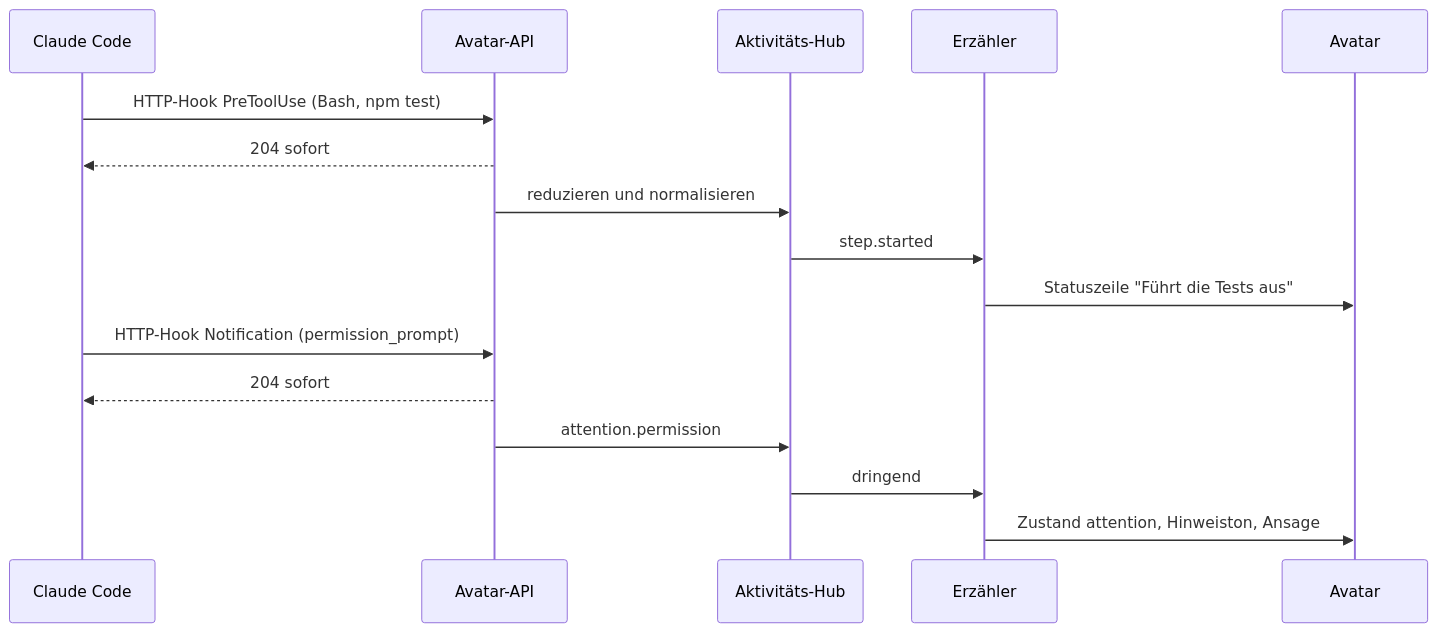
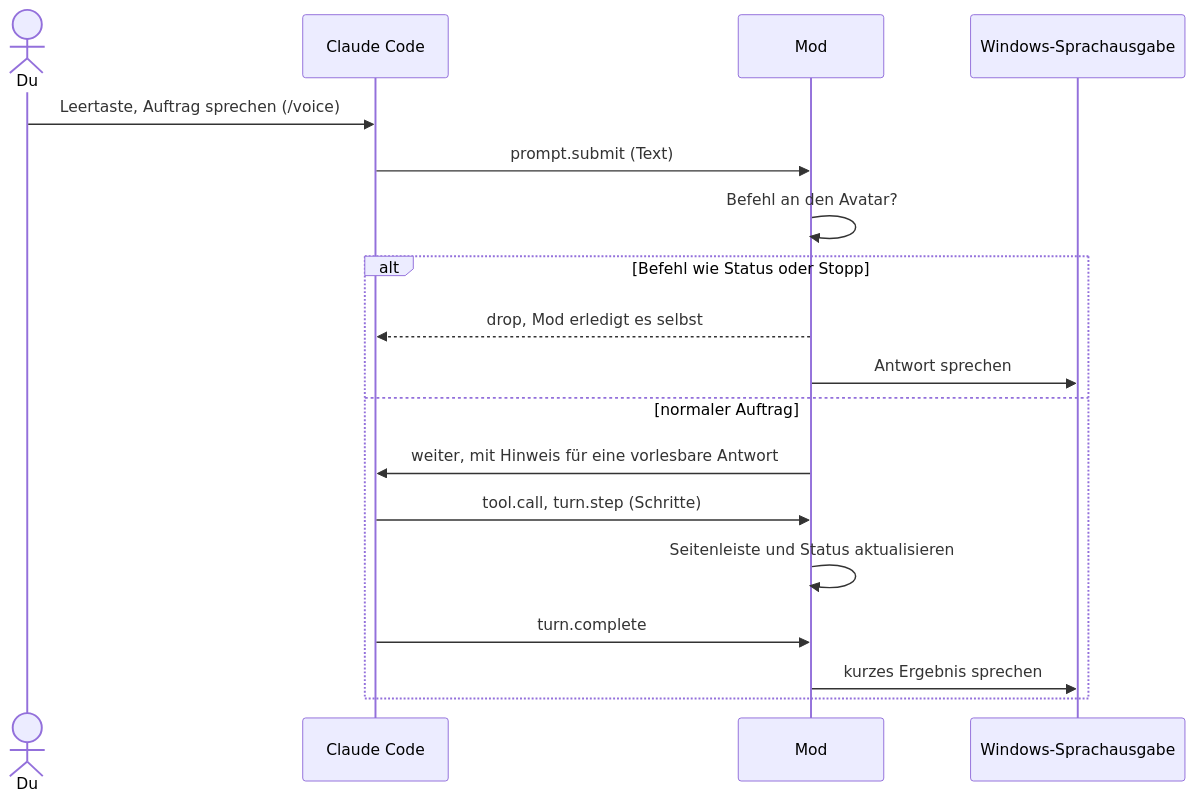
One commit to AyGeeI/claude-desktop-avatar changed the third of 3 diagrams in docs/PLAN.md. Above: the diagram before and after it, drawn with Mermaid. The commit also changed other lines of this file and 4 other files, not shown here.

First line of the commit message:
Replan the avatar as a Claude Code mod (v0.3)

````diff
--- a/docs/PLAN.md
+++ b/docs/PLAN.md
@@ -251,19 +194,21 @@
 ```mermaid
 sequenceDiagram
+    actor Du
     participant CC as Claude Code
-    participant API as Avatar-API
-    participant H as Aktivitäts-Hub
-    participant N as Erzähler
-    participant A as Avatar
+    participant M as Mod
+    participant W as Windows-Sprachausgabe
 
-    CC->>API: HTTP-Hook PreToolUse (Bash, npm test)
-    API-->>CC: 204 sofort
-    API->>H: reduzieren und normalisieren
-    H->>N: step.started
-    N->>A: Statuszeile "Führt die Tests aus"
-    CC->>API: HTTP-Hook Notification (permission_prompt)
-    API-->>CC: 204 sofort
-    API->>H: attention.permission
-    H->>N: dringend
-    N->>A: Zustand attention, Hinweiston, Ansage
+    Du->>CC: Leertaste, Auftrag sprechen (/voice)
+    CC->>M: prompt.submit (Text)
+    M->>M: Befehl an den Avatar?
+    alt Befehl wie Status oder Stopp
+        M-->>CC: drop, Mod erledigt es selbst
+        M->>W: Antwort sprechen
+    else normaler Auftrag
+        M->>CC: weiter, mit Hinweis für eine vorlesbare Antwort
+        CC->>M: tool.call, turn.step (Schritte)
+        M->>M: Seitenleiste und Status aktualisieren
+        CC->>M: turn.complete
+        M->>W: kurzes Ergebnis sprechen
+    end
 ```
````
